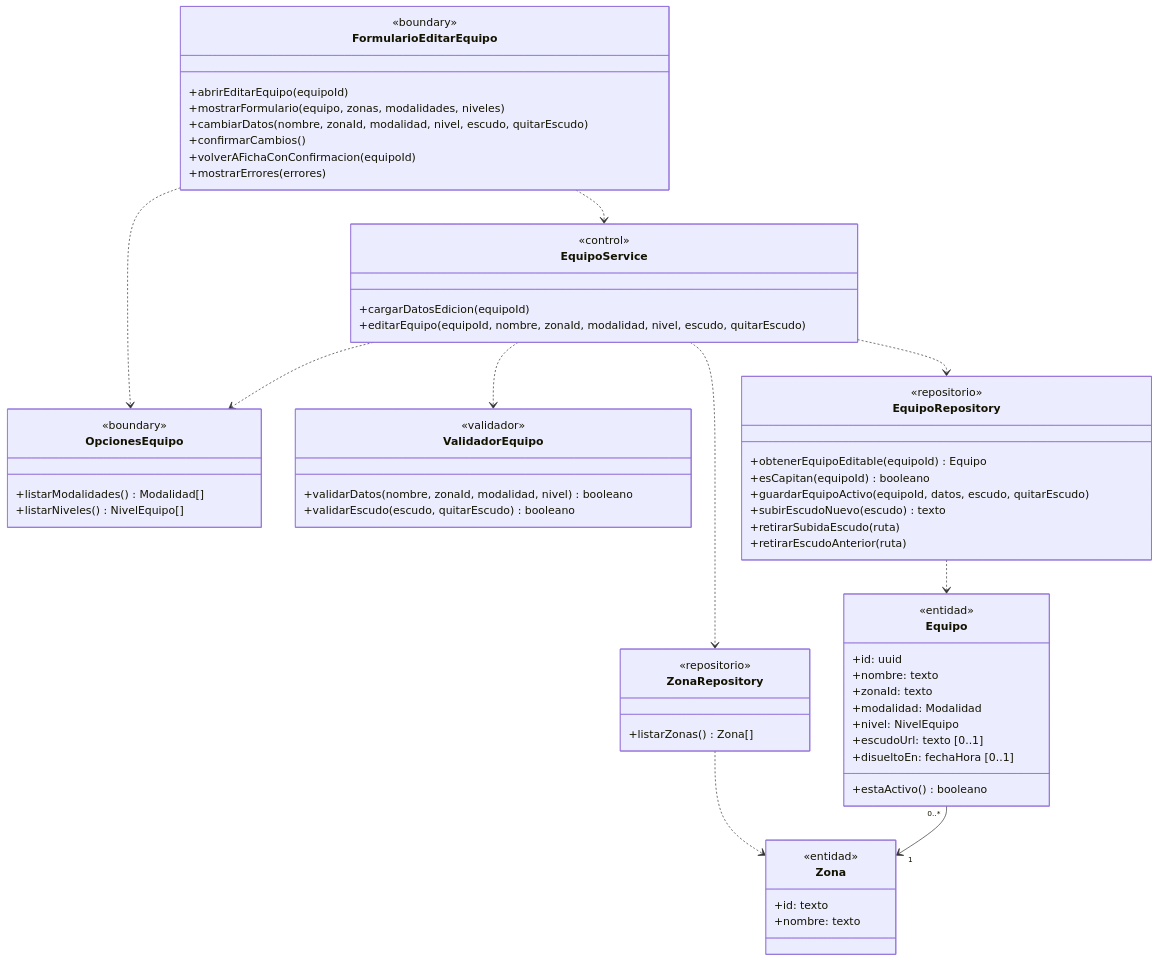
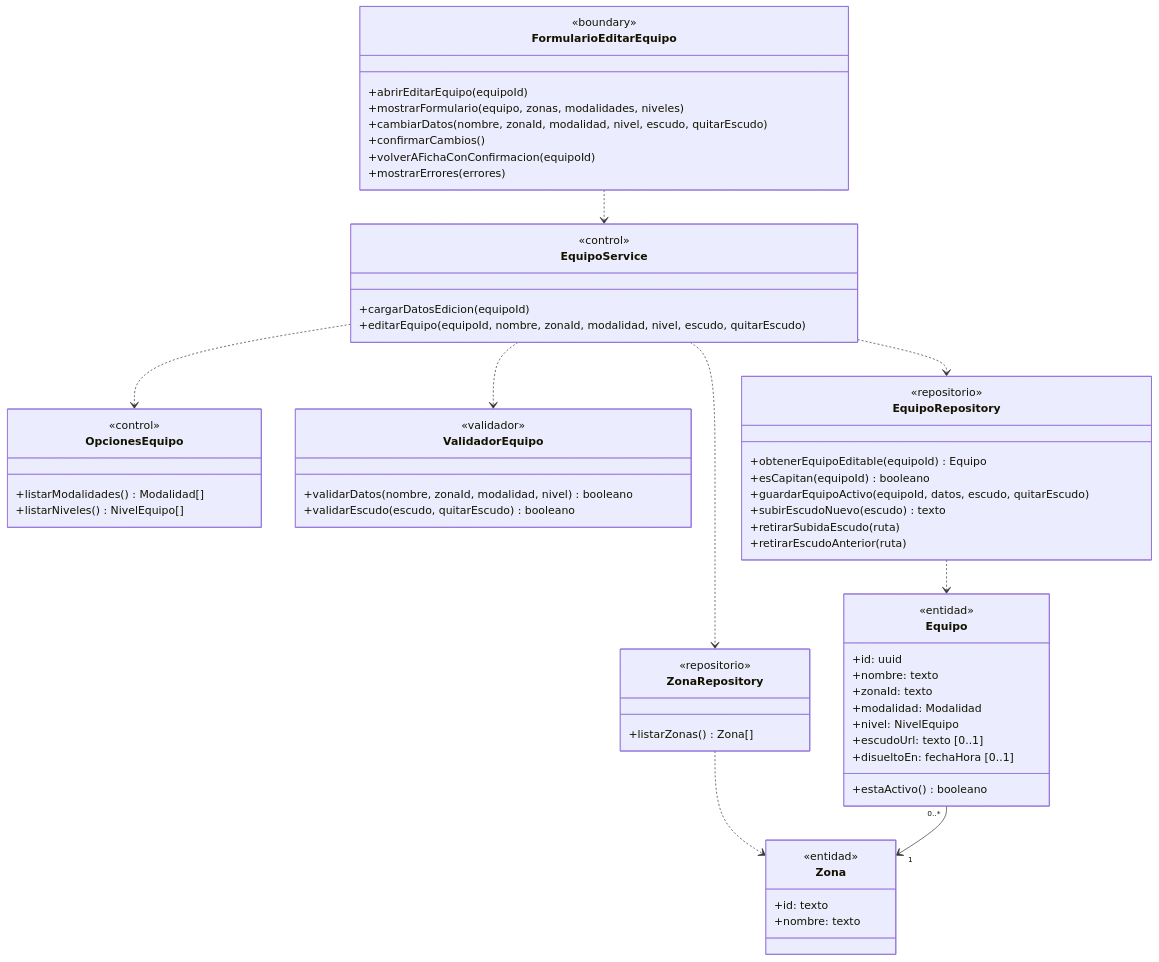
Before and after one commit to nicqletal/torneos-scraper: the sixth of 11 diagrams in docs/diagramas-de-clase/equipos.md, drawn with Mermaid. The commit also changed other lines of this file and 12 other files, not shown here.

First line of the commit message:
docs(diagramas-de-clase): alinear métodos con secuencias, unificar capas y limpiar etiquetas en flechas

````diff
--- a/docs/diagramas-de-clase/equipos.md
+++ b/docs/diagramas-de-clase/equipos.md
@@ -468,65 +467,64 @@
 ```mermaid
 classDiagram
 class FormularioEditarEquipo {
   <<boundary>>
   +abrirEditarEquipo(equipoId)
   +mostrarFormulario(equipo, zonas, modalidades, niveles)
   +cambiarDatos(nombre, zonaId, modalidad, nivel, escudo, quitarEscudo)
   +confirmarCambios()
   +volverAFichaConConfirmacion(equipoId)
   +mostrarErrores(errores)
 }
 class OpcionesEquipo {
-  <<boundary>>
+  <<control>>
   +listarModalidades() Modalidad[]
   +listarNiveles() NivelEquipo[]
 }
 class EquipoService {
   <<control>>
   +cargarDatosEdicion(equipoId)
   +editarEquipo(equipoId, nombre, zonaId, modalidad, nivel, escudo, quitarEscudo)
 }
 class ValidadorEquipo {
   <<validador>>
   +validarDatos(nombre, zonaId, modalidad, nivel) booleano
   +validarEscudo(escudo, quitarEscudo) booleano
 }
 class ZonaRepository {
   <<repositorio>>
   +listarZonas() Zona[]
 }
 class EquipoRepository {
   <<repositorio>>
   +obtenerEquipoEditable(equipoId) Equipo
   +esCapitan(equipoId) booleano
   +guardarEquipoActivo(equipoId, datos, escudo, quitarEscudo)
   +subirEscudoNuevo(escudo) texto
   +retirarSubidaEscudo(ruta)
   +retirarEscudoAnterior(ruta)
 }
 class Equipo {
   <<entidad>>
   +id: uuid
   +nombre: texto
   +zonaId: texto
   +modalidad: Modalidad
   +nivel: NivelEquipo
   +escudoUrl: texto [0..1]
   +disueltoEn: fechaHora [0..1]
   +estaActivo() booleano
 }
 class Zona {
   <<entidad>>
   +id: texto
   +nombre: texto
 }
-FormularioEditarEquipo ..> OpcionesEquipo
 FormularioEditarEquipo ..> EquipoService
 EquipoService ..> OpcionesEquipo
 EquipoService ..> ZonaRepository
 EquipoService ..> ValidadorEquipo
 EquipoService ..> EquipoRepository
 EquipoRepository ..> Equipo
 ZonaRepository ..> Zona
 Equipo "0..*" --> "1" Zona
 ```
````
